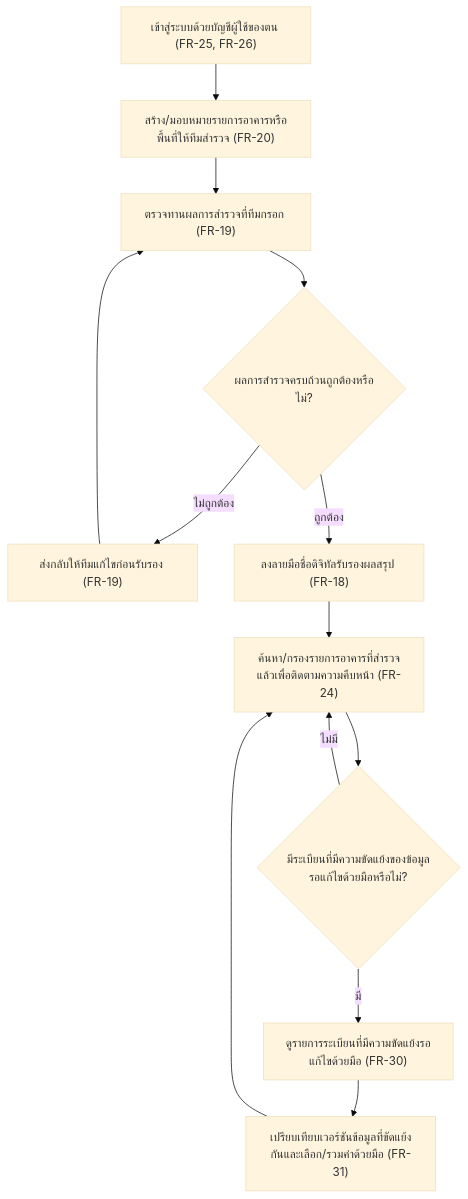
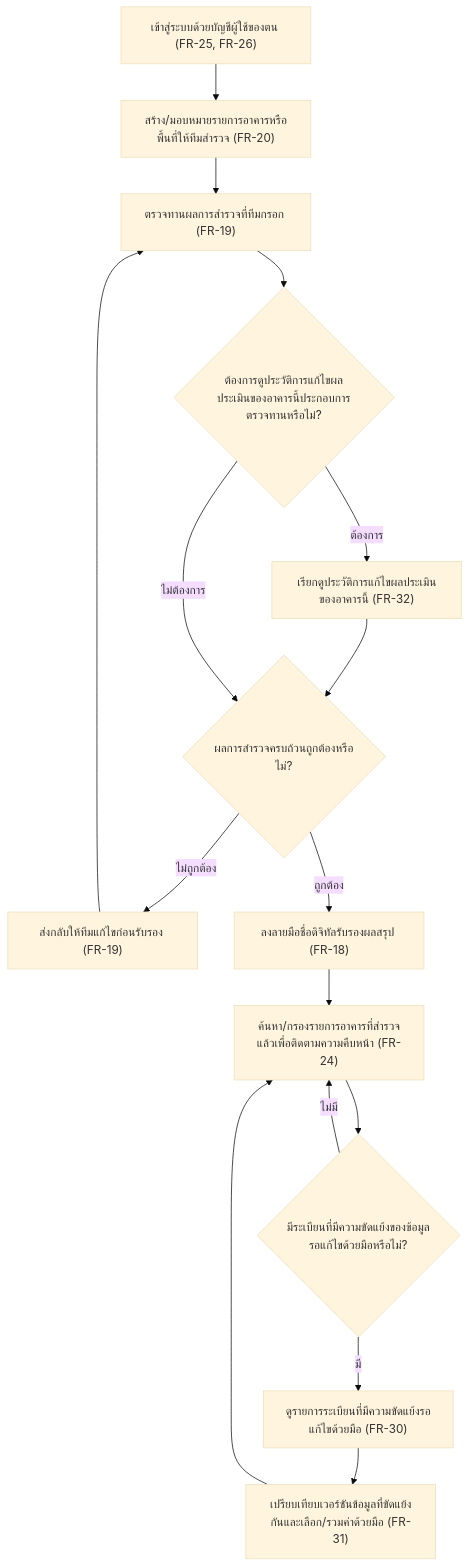
One commit to sirikorn-cmru/CrackAI-Field changed the second of 4 diagrams in docs/02-design/user-journey.md. Above: the diagram before and after it, drawn with Mermaid (base theme). The commit also changed other lines of this file and 4 other files, not shown here.

````diff
--- a/docs/02-design/user-journey.md
+++ b/docs/02-design/user-journey.md
@@ -83,20 +83,24 @@
 ```mermaid
 flowchart TD
     A["เข้าสู่ระบบด้วยบัญชีผู้ใช้ของตน (FR-25, FR-26)"]
     B["สร้าง/มอบหมายรายการอาคารหรือพื้นที่ให้ทีมสำรวจ (FR-20)"]
     C["ตรวจทานผลการสำรวจที่ทีมกรอก (FR-19)"]
+    C1{"ต้องการดูประวัติการแก้ไขผลประเมินของอาคารนี้ประกอบการตรวจทานหรือไม่?"}
+    C2["เรียกดูประวัติการแก้ไขผลประเมินของอาคารนี้ (FR-32)"]
     D{"ผลการสำรวจครบถ้วนถูกต้องหรือไม่?"}
     E["ส่งกลับให้ทีมแก้ไขก่อนรับรอง (FR-19)"]
     F["ลงลายมือชื่อดิจิทัลรับรองผลสรุป (FR-18)"]
     G["ค้นหา/กรองรายการอาคารที่สำรวจแล้วเพื่อติดตามความคืบหน้า (FR-24)"]
     H{"มีระเบียนที่มีความขัดแย้งของข้อมูลรอแก้ไขด้วยมือหรือไม่?"}
     I["ดูรายการระเบียนที่มีความขัดแย้งรอแก้ไขด้วยมือ (FR-30)"]
     J["เปรียบเทียบเวอร์ชันข้อมูลที่ขัดแย้งกันและเลือก/รวมค่าด้วยมือ (FR-31)"]
 
-    A --> B --> C --> D
+    A --> B --> C --> C1
+    C1 -->|ต้องการ| C2 --> D
+    C1 -->|ไม่ต้องการ| D
     D -->|ไม่ถูกต้อง| E --> C
     D -->|ถูกต้อง| F --> G
     G --> H
     H -->|มี| I --> J --> G
     H -->|ไม่มี| G
 ```
````
